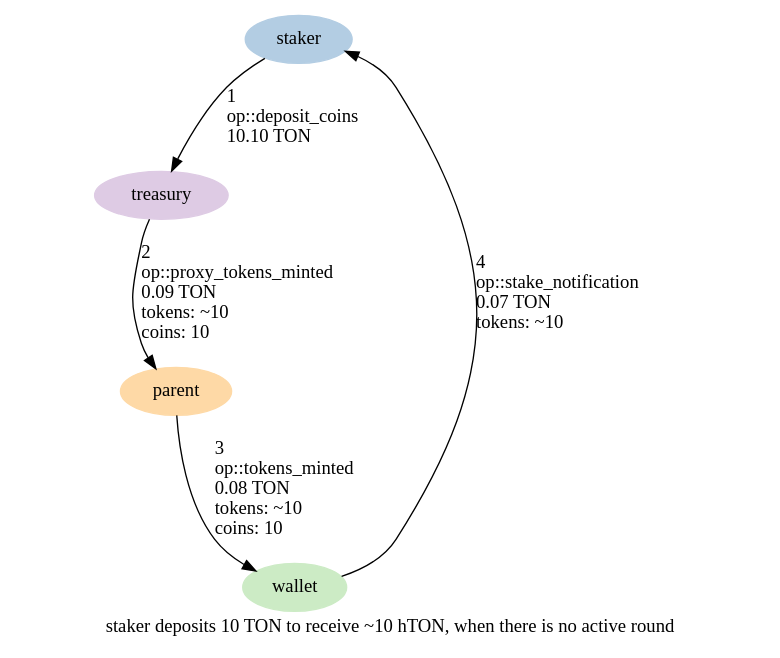
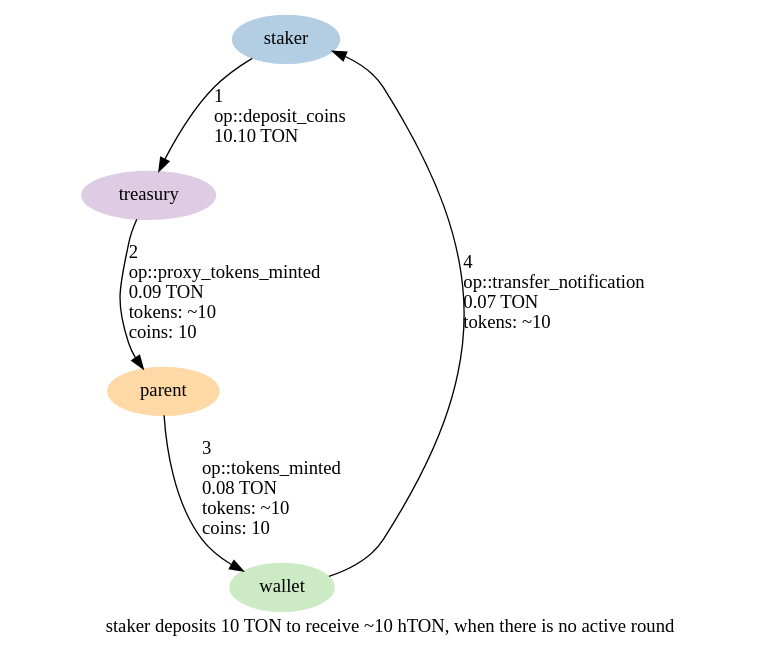
The diagram in graphs/02.1-deposit-coins-when-not-participating.dot (HipoFinance/contract), drawn with Graphviz before and after one commit. The commit also changed 10 other files, not shown here.

Commit message:
Replace stake_notification with transfer_notification

```diff
--- a/graphs/02.1-deposit-coins-when-not-participating.dot
+++ b/graphs/02.1-deposit-coins-when-not-participating.dot
@@ -1,19 +1,19 @@
 digraph {
     label="staker deposits 10 TON to receive ~10 hTON, when there is no active round"
     node [ colorscheme=pastel19 style=filled ]
 
     /* Entities */
     staker [ color=2 ]
     wallet [ color=3 ]
     treasury [ color=4 ]
     parent [ color=5 ]
 
     /* Relationships */
     staker -> treasury [ label="1\l op::deposit_coins\l 10.10 TON\l" ]
     treasury -> parent [ label="2\l op::proxy_tokens_minted\l 0.09 TON\l tokens: ~10\l coins: 10\l" ]
     parent -> wallet [ label="3\l op::tokens_minted\l 0.08 TON\l tokens: ~10\l coins: 10\l" ]
-    wallet -> staker [ label="4\l op::stake_notification\l 0.07 TON\l tokens: ~10\l" ]
+    wallet -> staker [ label="4\l op::transfer_notification\l 0.07 TON\l tokens: ~10\l" ]
 
     /* Ranks */
     { rank=min staker }
 }
```
